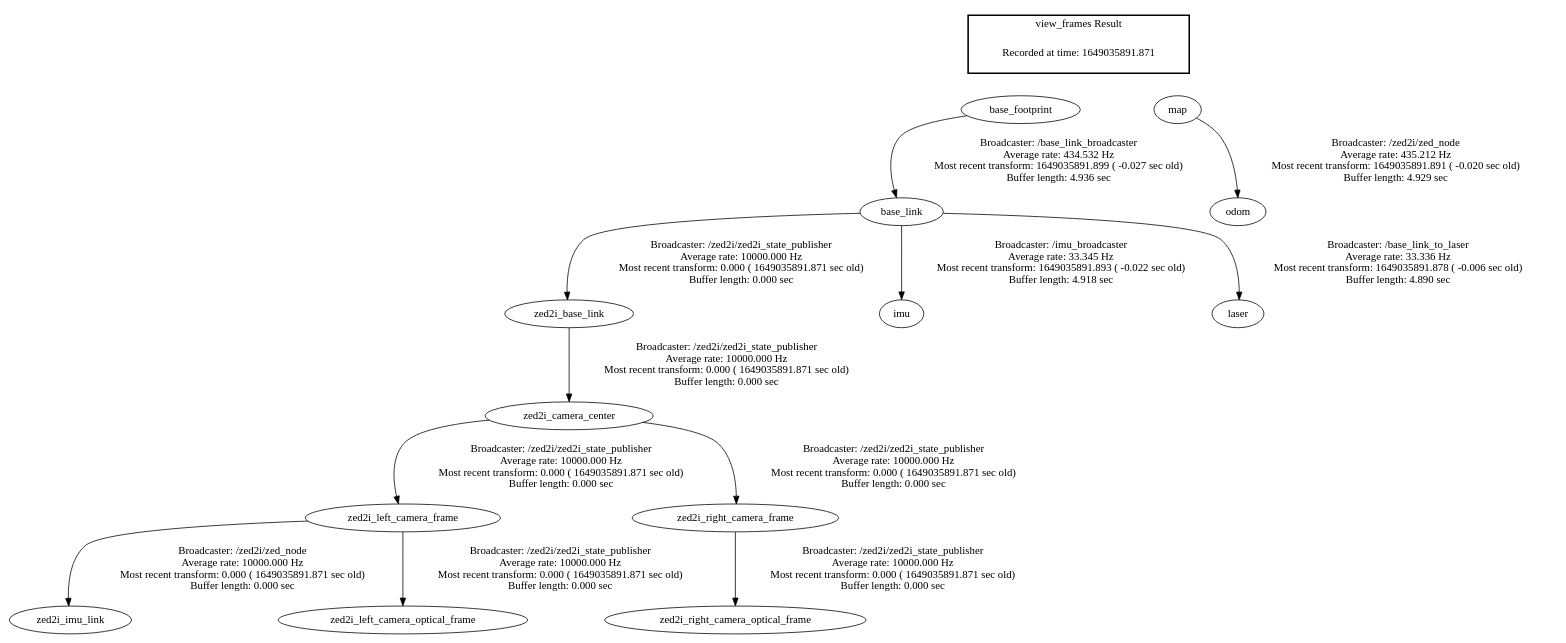
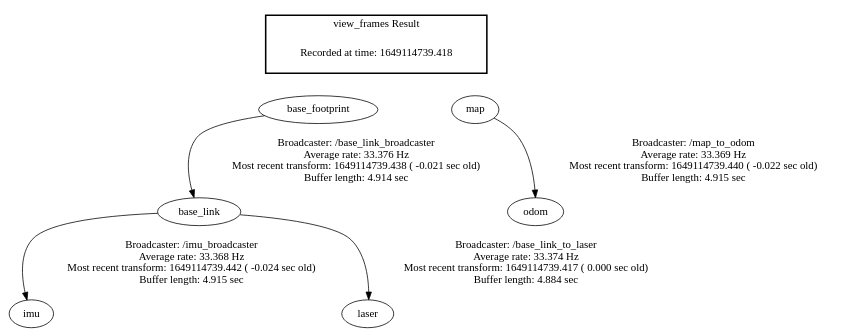
Before and after one commit to stephentambussi/RSL_SeniorDesign: the diagram in frames.gv, drawn with Graphviz. The commit also changed 4 other files, not shown here.

```diff
--- a/frames.gv
+++ b/frames.gv
@@ -1,21 +1,14 @@
 digraph G {
-"zed2i_left_camera_frame" -> "zed2i_imu_link"[label="Broadcaster: /zed2i/zed_node\nAverage rate: 10000.000 Hz\nMost recent transform: 0.000 ( 1649035891.871 sec old)\nBuffer length: 0.000 sec\n"];
-"zed2i_camera_center" -> "zed2i_left_camera_frame"[label="Broadcaster: /zed2i/zed2i_state_publisher\nAverage rate: 10000.000 Hz\nMost recent transform: 0.000 ( 1649035891.871 sec old)\nBuffer length: 0.000 sec\n"];
-"base_link" -> "zed2i_base_link"[label="Broadcaster: /zed2i/zed2i_state_publisher\nAverage rate: 10000.000 Hz\nMost recent transform: 0.000 ( 1649035891.871 sec old)\nBuffer length: 0.000 sec\n"];
-"base_footprint" -> "base_link"[label="Broadcaster: /base_link_broadcaster\nAverage rate: 434.532 Hz\nMost recent transform: 1649035891.899 ( -0.027 sec old)\nBuffer length: 4.936 sec\n"];
-"zed2i_base_link" -> "zed2i_camera_center"[label="Broadcaster: /zed2i/zed2i_state_publisher\nAverage rate: 10000.000 Hz\nMost recent transform: 0.000 ( 1649035891.871 sec old)\nBuffer length: 0.000 sec\n"];
-"zed2i_left_camera_frame" -> "zed2i_left_camera_optical_frame"[label="Broadcaster: /zed2i/zed2i_state_publisher\nAverage rate: 10000.000 Hz\nMost recent transform: 0.000 ( 1649035891.871 sec old)\nBuffer length: 0.000 sec\n"];
-"zed2i_camera_center" -> "zed2i_right_camera_frame"[label="Broadcaster: /zed2i/zed2i_state_publisher\nAverage rate: 10000.000 Hz\nMost recent transform: 0.000 ( 1649035891.871 sec old)\nBuffer length: 0.000 sec\n"];
-"zed2i_right_camera_frame" -> "zed2i_right_camera_optical_frame"[label="Broadcaster: /zed2i/zed2i_state_publisher\nAverage rate: 10000.000 Hz\nMost recent transform: 0.000 ( 1649035891.871 sec old)\nBuffer length: 0.000 sec\n"];
-"base_link" -> "imu"[label="Broadcaster: /imu_broadcaster\nAverage rate: 33.345 Hz\nMost recent transform: 1649035891.893 ( -0.022 sec old)\nBuffer length: 4.918 sec\n"];
-"map" -> "odom"[label="Broadcaster: /zed2i/zed_node\nAverage rate: 435.212 Hz\nMost recent transform: 1649035891.891 ( -0.020 sec old)\nBuffer length: 4.929 sec\n"];
-"base_link" -> "laser"[label="Broadcaster: /base_link_to_laser\nAverage rate: 33.336 Hz\nMost recent transform: 1649035891.878 ( -0.006 sec old)\nBuffer length: 4.890 sec\n"];
+"base_footprint" -> "base_link"[label="Broadcaster: /base_link_broadcaster\nAverage rate: 33.376 Hz\nMost recent transform: 1649114739.438 ( -0.021 sec old)\nBuffer length: 4.914 sec\n"];
+"map" -> "odom"[label="Broadcaster: /map_to_odom\nAverage rate: 33.369 Hz\nMost recent transform: 1649114739.440 ( -0.022 sec old)\nBuffer length: 4.915 sec\n"];
+"base_link" -> "imu"[label="Broadcaster: /imu_broadcaster\nAverage rate: 33.368 Hz\nMost recent transform: 1649114739.442 ( -0.024 sec old)\nBuffer length: 4.915 sec\n"];
+"base_link" -> "laser"[label="Broadcaster: /base_link_to_laser\nAverage rate: 33.374 Hz\nMost recent transform: 1649114739.417 ( 0.000 sec old)\nBuffer length: 4.884 sec\n"];
 edge [style=invis];
  subgraph cluster_legend { style=bold; color=black; label ="view_frames Result";
-"Recorded at time: 1649035891.871"[ shape=plaintext ] ;
- }->"map";
+"Recorded at time: 1649114739.418"[ shape=plaintext ] ;
+ }->"base_footprint";
 edge [style=invis];
  subgraph cluster_legend { style=bold; color=black; label ="view_frames Result";
-"Recorded at time: 1649035891.871"[ shape=plaintext ] ;
- }->"base_footprint";
+"Recorded at time: 1649114739.418"[ shape=plaintext ] ;
+ }->"map";
 }
```
